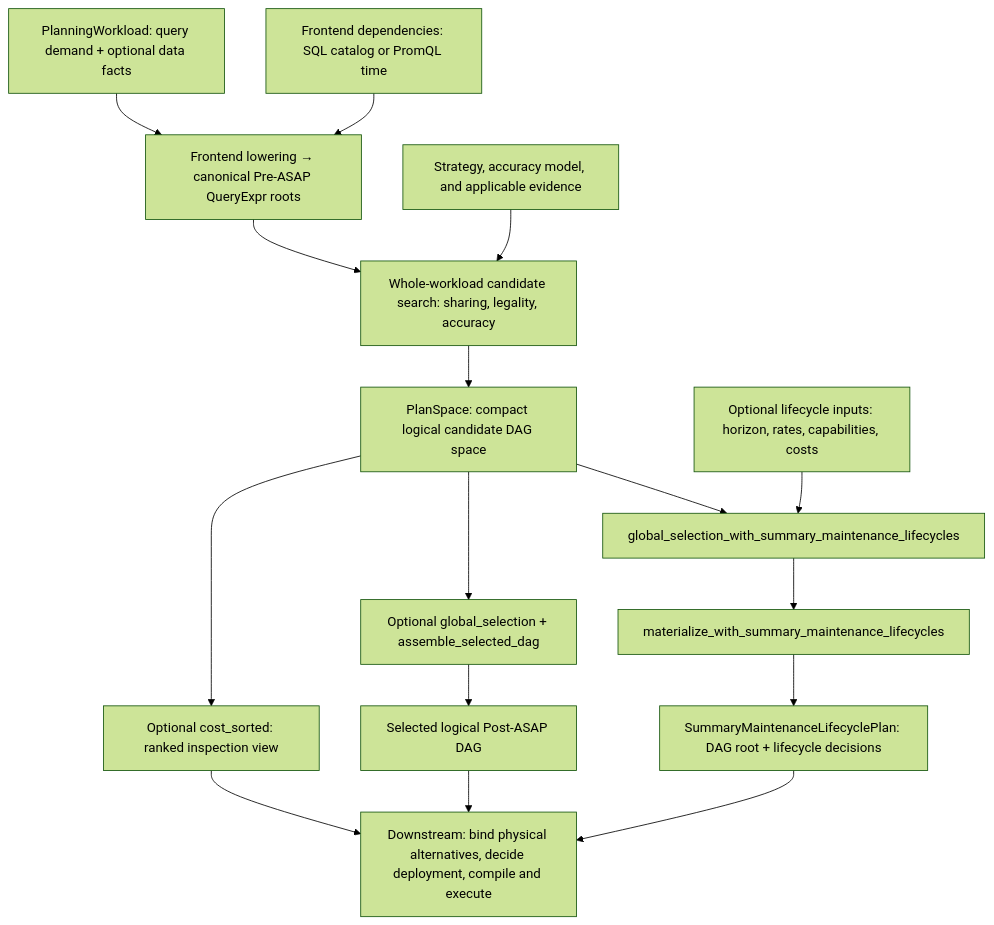
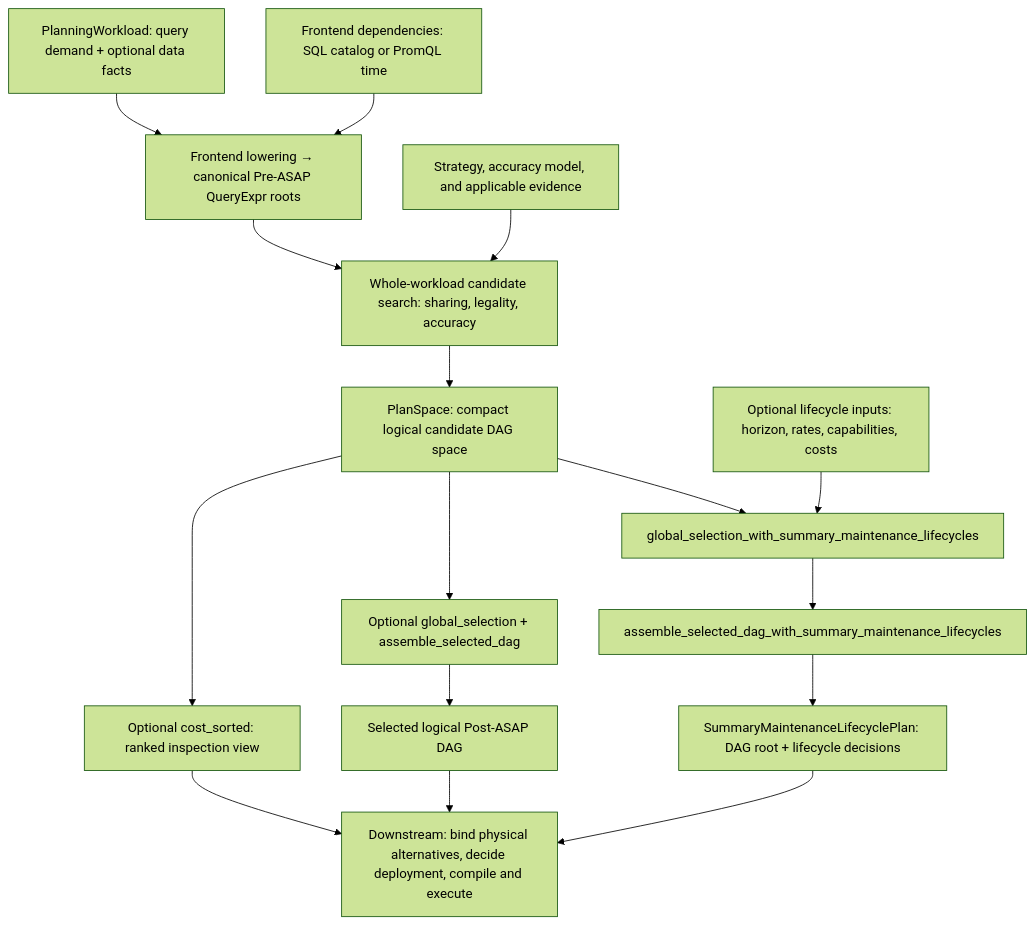
Before and after one commit to ProjectASAP/ASAPPlanner: the diagram in docs/design_docs/architecture/README.md, drawn with Mermaid (forest theme). The commit also changed 6 other files, not shown here.

````diff
--- a/docs/design_docs/architecture/README.md
+++ b/docs/design_docs/architecture/README.md
@@ -15,26 +15,26 @@
 ```mermaid
 flowchart TD
     W["PlanningWorkload: query demand + optional data facts"]
     F["Frontend dependencies: SQL catalog or PromQL time"]
     E["Strategy, accuracy model, and applicable evidence"]
     PRE["Frontend lowering → canonical Pre-ASAP QueryExpr roots"]
     SEARCH["Whole-workload candidate search: sharing, legality, accuracy"]
     SPACE["PlanSpace: compact logical candidate DAG space"]
     RANK["Optional cost_sorted: ranked inspection view"]
     SELECT["Optional global_selection + assemble_selected_dag"]
     DAG["Selected logical Post-ASAP DAG"]
     LINPUT["Optional lifecycle inputs: horizon, rates, capabilities, costs"]
     LIFE["global_selection_with_summary_maintenance_lifecycles"]
-    LMAT["materialize_with_summary_maintenance_lifecycles"]
+    LMAT["assemble_selected_dag_with_summary_maintenance_lifecycles"]
     LPLAN["SummaryMaintenanceLifecyclePlan: DAG root + lifecycle decisions"]
     BACKEND["Downstream: bind physical alternatives, decide deployment, compile and execute"]
     W --> PRE
     F --> PRE
     PRE --> SEARCH
     E --> SEARCH
     SEARCH --> SPACE
     SPACE --> RANK --> BACKEND
     SPACE --> SELECT --> DAG --> BACKEND
     SPACE --> LIFE
     LINPUT --> LIFE --> LMAT --> LPLAN --> BACKEND
 ```
````
